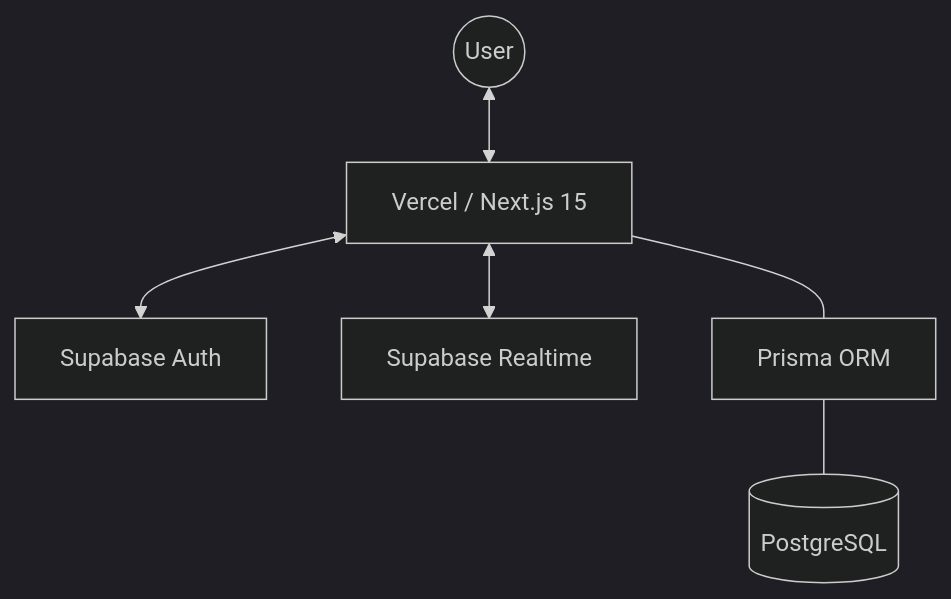
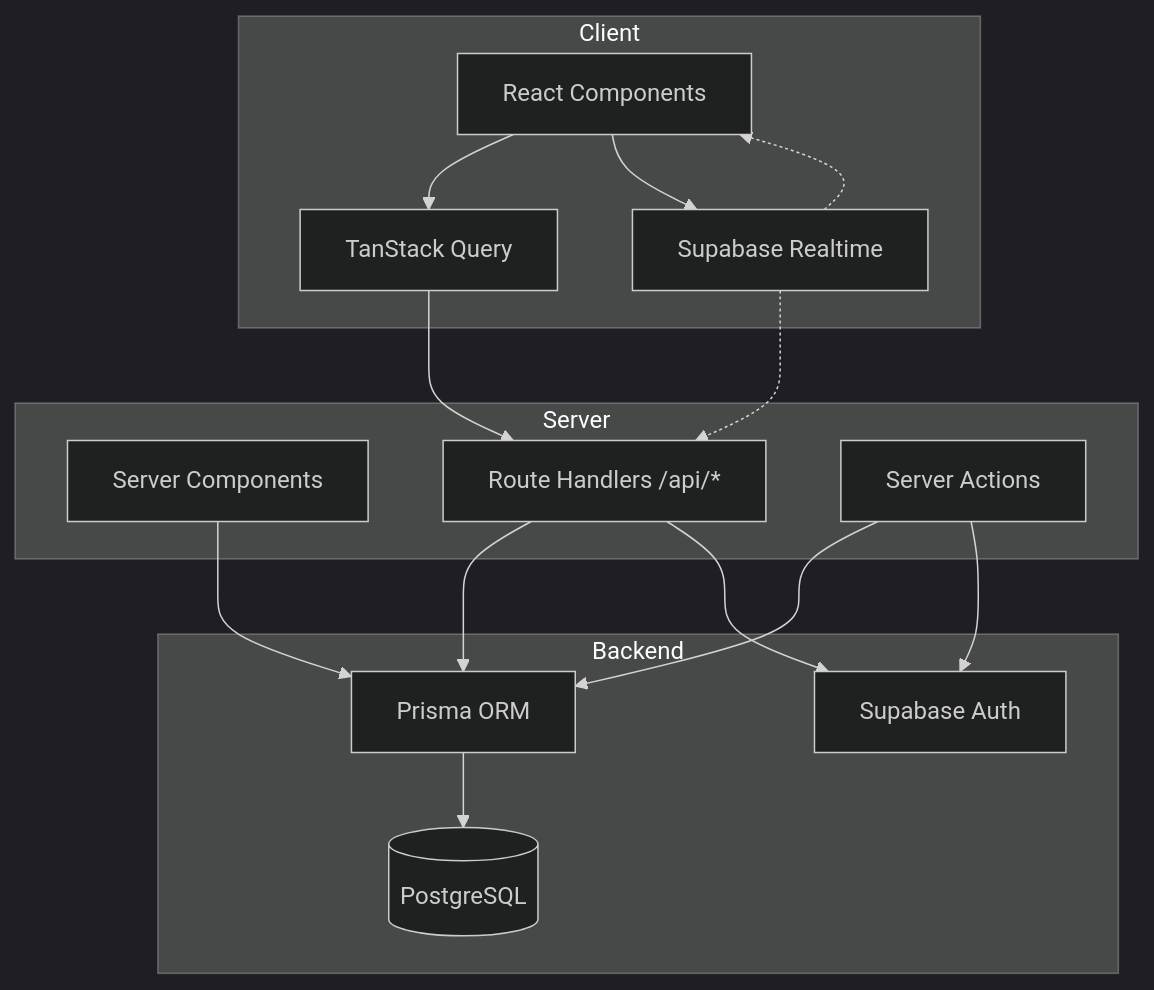
Before and after one commit to krockxz/TaskFlow: the first of 3 diagrams in README.md, drawn with Mermaid (dark theme). The commit also changed other lines of this file and 9 other files, not shown here.

````diff
--- a/README.md
+++ b/README.md
@@ -29,15 +31,32 @@
 ```mermaid
-graph TD
-    User((User))
-    Vercel[Vercel / Next.js 15]
-    SupabaseAuth[Supabase Auth]
-    SupabaseRealtime[Supabase Realtime]
-    SupabaseDB[(PostgreSQL)]
-    Prisma[Prisma ORM]
+graph TB
+    subgraph Client
+        RC[React Components]
+        TQ[TanStack Query]
+        SR[Supabase Realtime]
+    end
 
-    User <--> Vercel
-    Vercel <--> SupabaseAuth
-    Vercel <--> SupabaseRealtime
-    Vercel --- Prisma
-    Prisma --- SupabaseDB
+    subgraph Server
+        SC[Server Components]
+        RH[Route Handlers /api/*]
+        SA[Server Actions]
+    end
+
+    subgraph Backend
+        Auth[Supabase Auth]
+        Prisma[Prisma ORM]
+        DB[(PostgreSQL)]
+    end
+
+    RC --> TQ
+    RC --> SR
+    TQ --> RH
+    SC --> Prisma
+    RH --> Prisma
+    SA --> Prisma
+    RH --> Auth
+    SA --> Auth
+    Prisma --> DB
+    SR -.-> RH
+    SR -.-> RC
 ```
````
